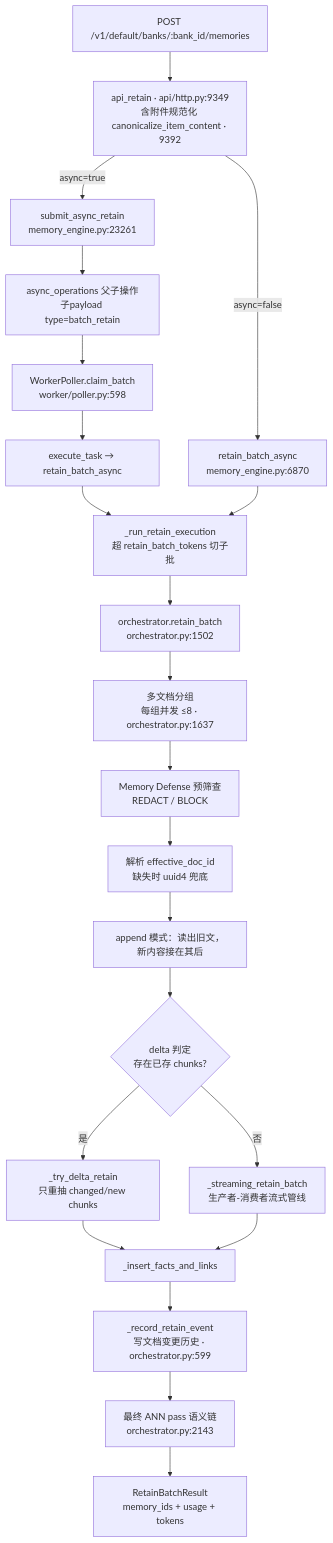
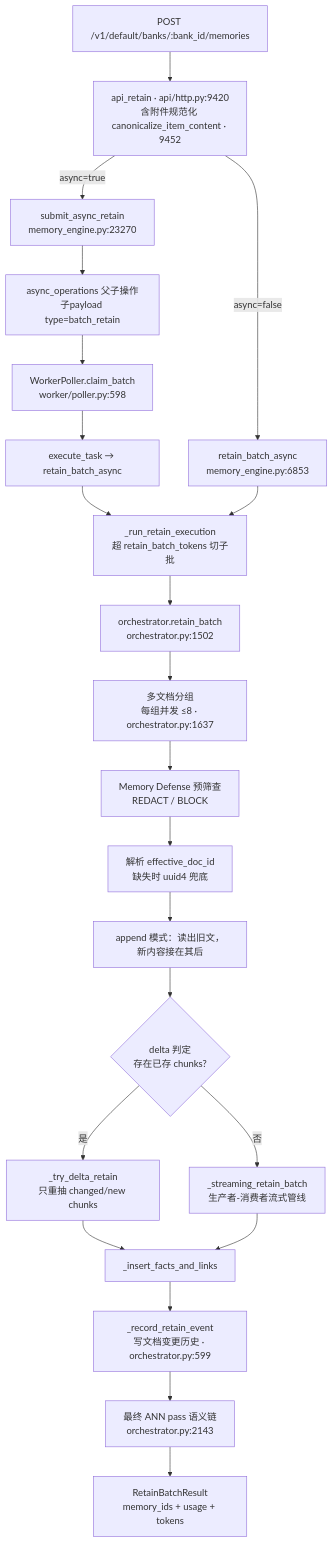
Before and after one commit to stefanv5/memory-platform-architecture: the first of 3 diagrams in docs/hindsight/source-study/02-retain-摄取管线.md, drawn with Mermaid. The commit also changed other lines of this file and 10 other files, not shown here.

````diff
--- a/docs/hindsight/source-study/02-retain-摄取管线.md
+++ b/docs/hindsight/source-study/02-retain-摄取管线.md
@@ -64,24 +64,24 @@
 ```mermaid
 flowchart TD
-    REQ["POST /v1/default/banks/:bank_id/memories"] --> ROUTE["api_retain · api/http.py:9349<br/>含附件规范化 canonicalize_item_content · 9392"]
-    ROUTE -->|"async=true"| SUBMIT["submit_async_retain<br/>memory_engine.py:23261"]
-    ROUTE -->|"async=false"| SYNC["retain_batch_async<br/>memory_engine.py:6870"]
+    REQ["POST /v1/default/banks/:bank_id/memories"] --> ROUTE["api_retain · api/http.py:9420<br/>含附件规范化 canonicalize_item_content · 9452"]
+    ROUTE -->|"async=true"| SUBMIT["submit_async_retain<br/>memory_engine.py:23270"]
+    ROUTE -->|"async=false"| SYNC["retain_batch_async<br/>memory_engine.py:6853"]
     SUBMIT --> OPS["async_operations 父子操作<br/>子payload type=batch_retain"]
     OPS --> POLL["WorkerPoller.claim_batch<br/>worker/poller.py:598"]
     POLL --> EXEC["execute_task → retain_batch_async"]
     EXEC --> SPLIT
     SYNC --> SPLIT["_run_retain_execution<br/>超 retain_batch_tokens 切子批"]
     SPLIT --> ORCH["orchestrator.retain_batch<br/>orchestrator.py:1502"]
     ORCH --> GRP["多文档分组<br/>每组并发 ≤8 · orchestrator.py:1637"]
     GRP --> MD["Memory Defense 预筛查<br/>REDACT / BLOCK"]
     MD --> DOCID["解析 effective_doc_id<br/>缺失时 uuid4 兜底"]
     DOCID --> APPEND["append 模式：读出旧文，新内容接在其后"]
     APPEND --> DELTA{"delta 判定<br/>存在已存 chunks?"}
     DELTA -->|"是"| DPATH["_try_delta_retain<br/>只重抽 changed/new chunks"]
     DELTA -->|"否"| STREAM["_streaming_retain_batch<br/>生产者-消费者流式管线"]
     DPATH --> LK["_insert_facts_and_links"]
     STREAM --> LK
     LK --> HIST["_record_retain_event<br/>写文档变更历史 · orchestrator.py:599"]
     HIST --> ANN["最终 ANN pass 语义链<br/>orchestrator.py:2143"]
     ANN --> OUT["RetainBatchResult<br/>memory_ids + usage + tokens"]
 ```
````
